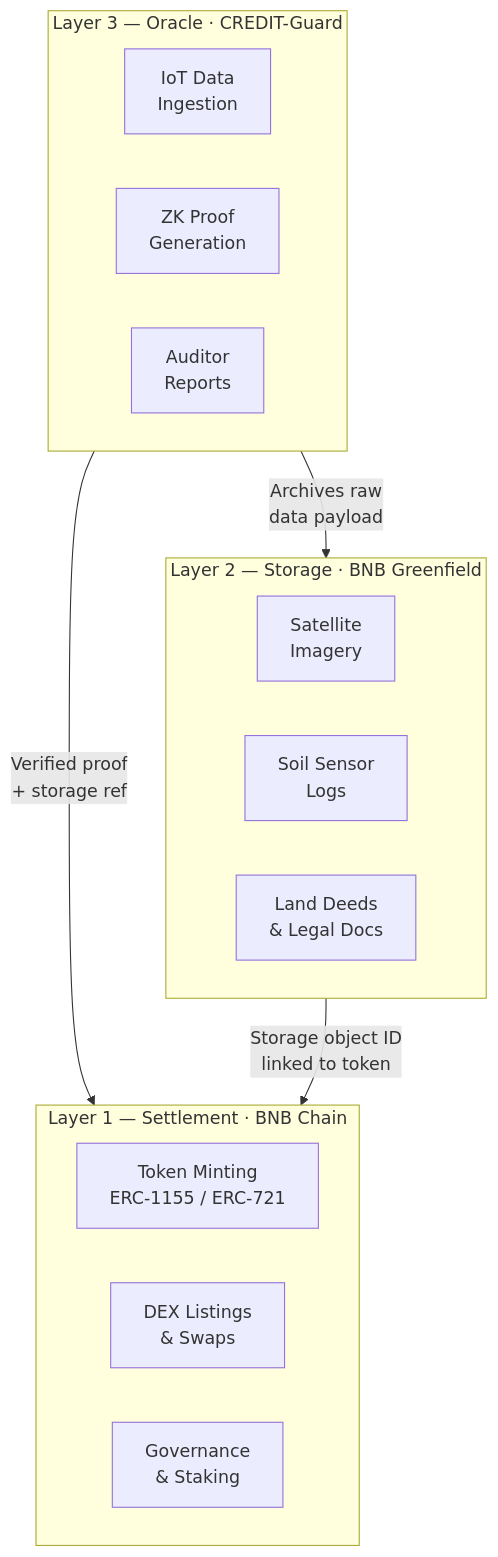
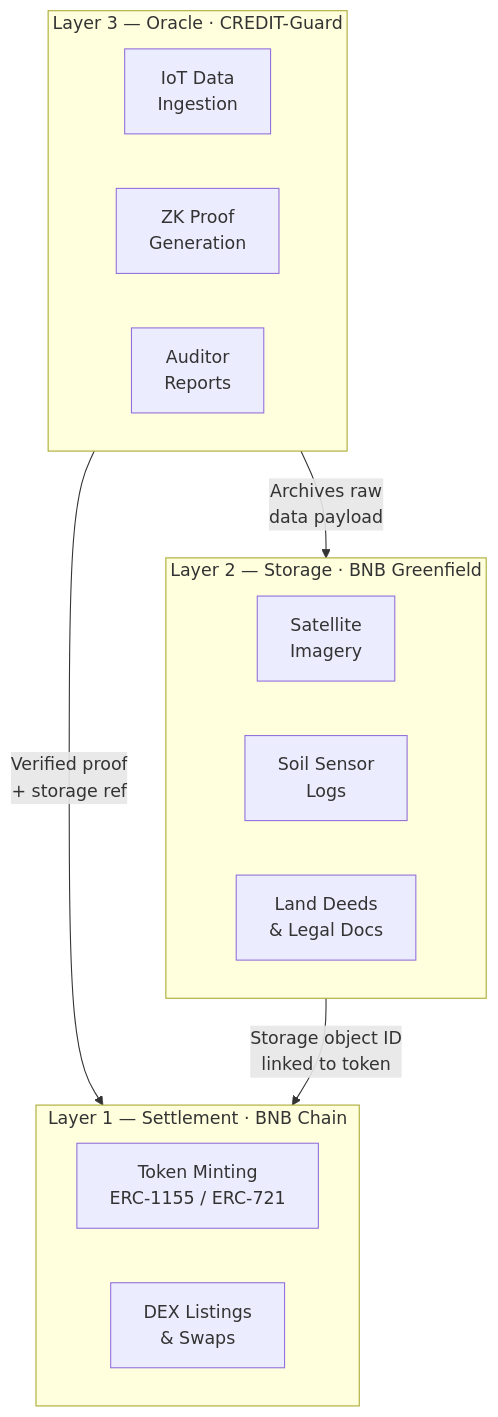
The fifth of 8 diagrams in README.md (chandan989/C.R.E.D.I.T.), drawn with Mermaid before and after one commit. The commit also changed other lines of this file and 103 other files, not shown here.

````diff
--- a/README.md
+++ b/README.md
@@ -195,27 +195,26 @@
 ```mermaid
 graph TB
     subgraph L1["Layer 1 — Settlement · BNB Chain"]
         direction LR
         TM["Token Minting\nERC-1155 / ERC-721"]
         DEX["DEX Listings\n& Swaps"]
-        GOV["Governance\n& Staking"]
     end
 
     subgraph L2["Layer 2 — Storage · BNB Greenfield"]
         direction LR
         SAT["Satellite\nImagery"]
         SOIL["Soil Sensor\nLogs"]
         DOCS["Land Deeds\n& Legal Docs"]
     end
 
     subgraph L3["Layer 3 — Oracle · CREDIT-Guard"]
         direction LR
         IOT2["IoT Data\nIngestion"]
         ZKP["ZK Proof\nGeneration"]
         AUD["Auditor\nReports"]
     end
 
     L3 -->|"Verified proof\n+ storage ref"| L1
     L3 -->|"Archives raw\ndata payload"| L2
     L2 -->|"Storage object ID\nlinked to token"| L1
 ```
````
